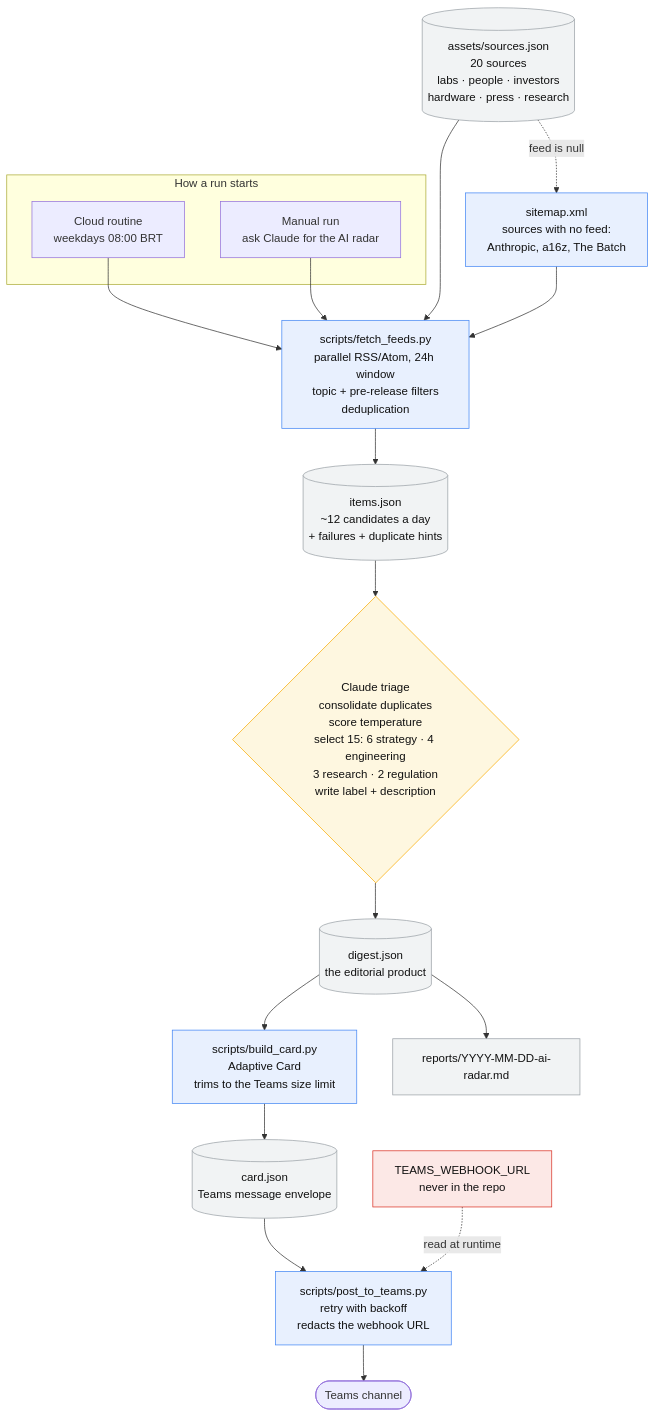
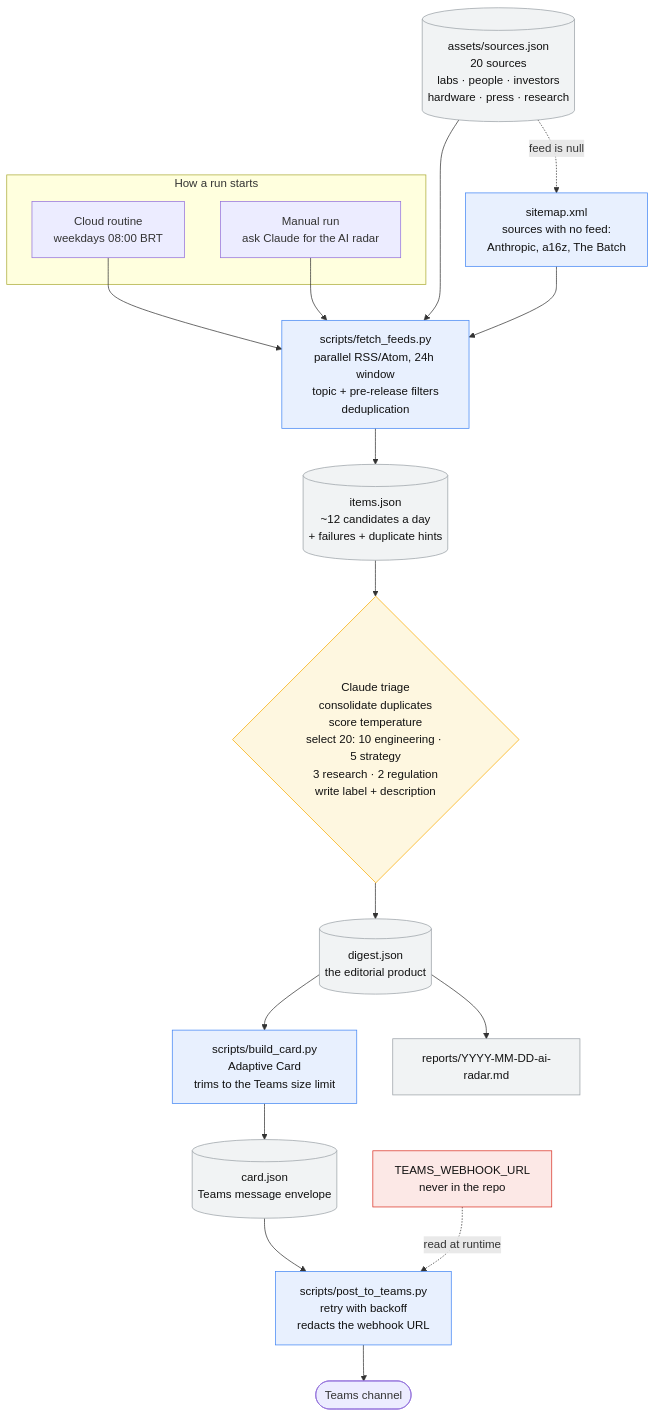
Before and after one commit to werner-denzin/claude-labs: the diagram in README.md, drawn with Mermaid. The commit also changed other lines of this file and 7 other files, not shown here.

````diff
--- a/README.md
+++ b/README.md
@@ -75,48 +84,48 @@
 ```mermaid
 flowchart TD
     subgraph triggers["How a run starts"]
         ROUTINE["Cloud routine<br>weekdays 08:00 BRT"]
         MANUAL["Manual run<br>ask Claude for the AI radar"]
     end
 
     CATALOG[("assets/sources.json<br>20 sources<br>labs · people · investors<br>hardware · press · research")]
     FETCH["scripts/fetch_feeds.py<br>parallel RSS/Atom, 24h window<br>topic + pre-release filters<br>deduplication"]
     ITEMS[("items.json<br>~12 candidates a day<br>+ failures + duplicate hints")]
     SITEMAP["sitemap.xml<br>sources with no feed:<br>Anthropic, a16z, The Batch"]
 
-    TRIAGE{"Claude triage<br>consolidate duplicates<br>score temperature<br>select 15: 6 strategy · 4 engineering<br>3 research · 2 regulation<br>write label + description"}
+    TRIAGE{"Claude triage<br>consolidate duplicates<br>score temperature<br>select 20: 10 engineering · 5 strategy<br>3 research · 2 regulation<br>write label + description"}
     DIGEST[("digest.json<br>the editorial product")]
 
     BUILD["scripts/build_card.py<br>Adaptive Card<br>trims to the Teams size limit"]
     CARD[("card.json<br>Teams message envelope")]
     POST["scripts/post_to_teams.py<br>retry with backoff<br>redacts the webhook URL"]
 
     TEAMS(["Teams channel"])
     ARCHIVE["reports/YYYY-MM-DD-ai-radar.md"]
     SECRET["TEAMS_WEBHOOK_URL<br>never in the repo"]
 
     ROUTINE --> FETCH
     MANUAL --> FETCH
     CATALOG --> FETCH
     FETCH --> ITEMS
     CATALOG -. "feed is null" .-> SITEMAP
     SITEMAP --> FETCH
     ITEMS --> TRIAGE
     TRIAGE --> DIGEST
     DIGEST --> BUILD
     BUILD --> CARD
     CARD --> POST
     POST --> TEAMS
     DIGEST --> ARCHIVE
     SECRET -. read at runtime .-> POST
 
     classDef script fill:#e8f0fe,stroke:#4285f4,color:#111
     classDef data fill:#f1f3f4,stroke:#9aa0a6,color:#111
     classDef judgment fill:#fef7e0,stroke:#f9ab00,color:#111
     classDef secret fill:#fce8e6,stroke:#d93025,color:#111
     class FETCH,BUILD,POST script
     class CATALOG,ITEMS,DIGEST,CARD,ARCHIVE data
     class SITEMAP script
     class TRIAGE judgment
     class SECRET secret
 ```
````
